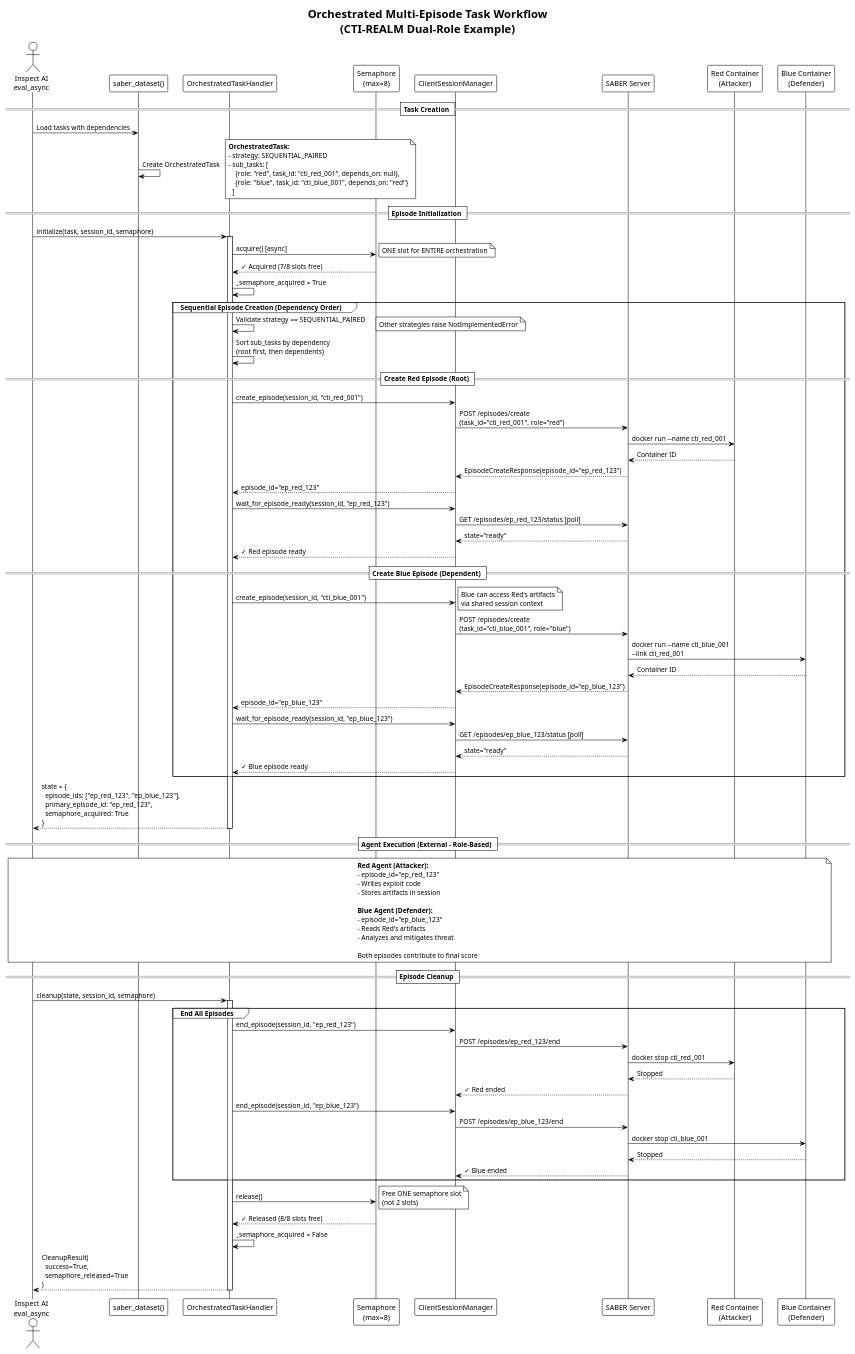
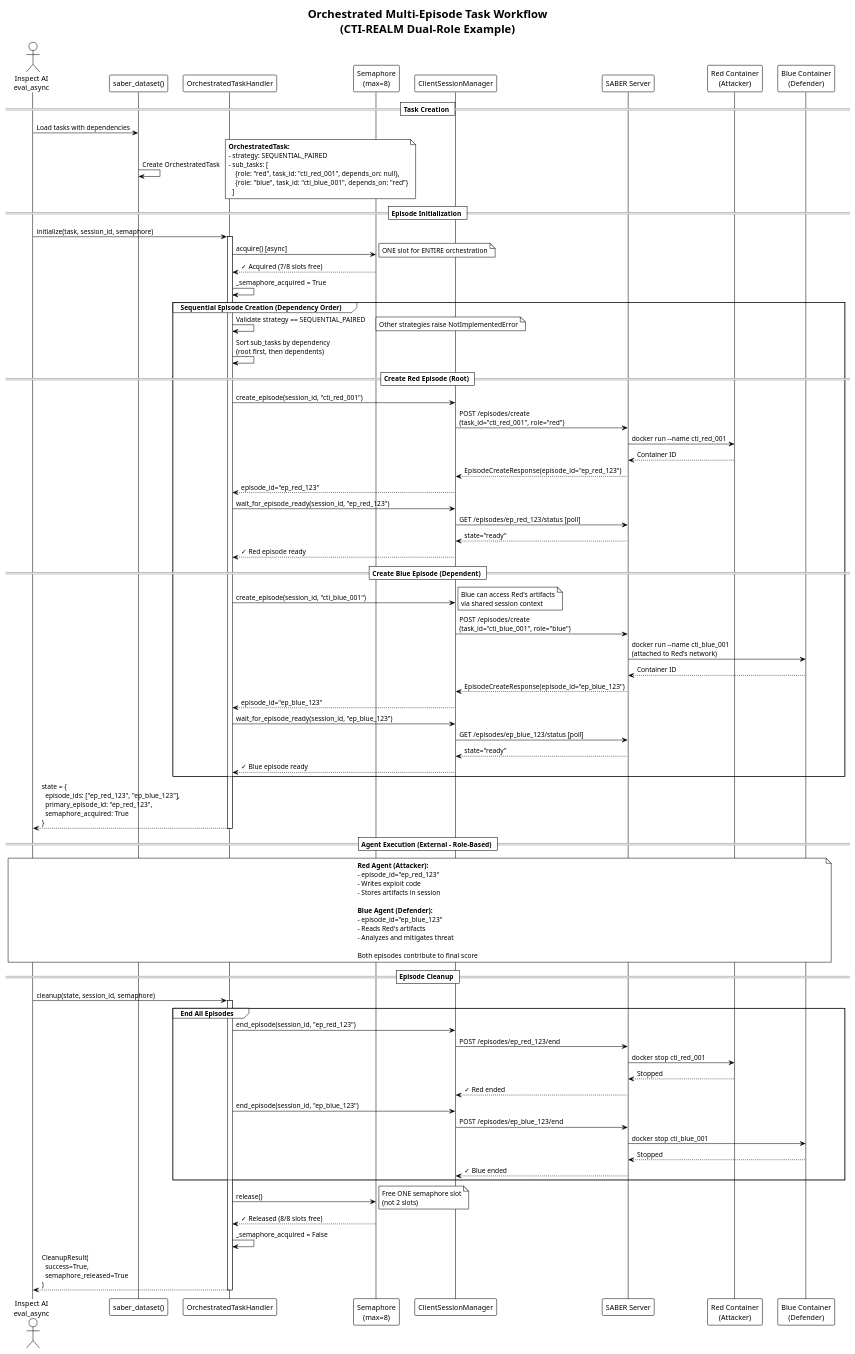
Before and after one commit to microsoft/ACES: the diagram in docs/architecture/orchestrated-episode-workflow.puml, drawn with PlantUML. The commit also changed 19 other files, not shown here.

```diff
--- a/docs/architecture/orchestrated-episode-workflow.puml
+++ b/docs/architecture/orchestrated-episode-workflow.puml
@@ -1,117 +1,117 @@
 @startuml Orchestrated Multi-Episode Task Workflow
 !theme plain
 skinparam backgroundColor #FFFFFF
 skinparam handwritten false
 skinparam defaultFontName Arial
 
 title Orchestrated Multi-Episode Task Workflow\n(CTI-REALM Dual-Role Example)
 
 actor "Inspect AI\neval_async" as Eval
 participant "saber_dataset()" as Dataset
 participant "OrchestratedTaskHandler" as Handler
 participant "Semaphore\n(max=8)" as Sem
 participant "ClientSessionManager" as Session
 participant "SABER Server" as Server
 participant "Red Container\n(Attacker)" as RedContainer
 participant "Blue Container\n(Defender)" as BlueContainer
 
 == Task Creation ==
 Eval -> Dataset: Load tasks with dependencies
 Dataset -> Dataset: Create OrchestratedTask
 note right
   **OrchestratedTask:**
   - strategy: SEQUENTIAL_PAIRED
   - sub_tasks: [
       {role: "red", task_id: "cti_red_001", depends_on: null},
       {role: "blue", task_id: "cti_blue_001", depends_on: "red"}
     ]
 end note
 
 == Episode Initialization ==
 Eval -> Handler: initialize(task, session_id, semaphore)
 activate Handler
 
 Handler -> Sem: acquire() [async]
 note right: ONE slot for ENTIRE orchestration
 Sem --> Handler: ✓ Acquired (7/8 slots free)
 Handler -> Handler: _semaphore_acquired = True
 
 group Sequential Episode Creation (Dependency Order)
   Handler -> Handler: Validate strategy == SEQUENTIAL_PAIRED
   note right: Other strategies raise NotImplementedError
-  
+
   Handler -> Handler: Sort sub_tasks by dependency\n(root first, then dependents)
-  
+
   == Create Red Episode (Root) ==
   Handler -> Session: create_episode(session_id, "cti_red_001")
   Session -> Server: POST /episodes/create\n(task_id="cti_red_001", role="red")
   Server -> RedContainer: docker run --name cti_red_001
   RedContainer --> Server: Container ID
   Server --> Session: EpisodeCreateResponse(episode_id="ep_red_123")
   Session --> Handler: episode_id="ep_red_123"
-  
+
   Handler -> Session: wait_for_episode_ready(session_id, "ep_red_123")
   Session -> Server: GET /episodes/ep_red_123/status [poll]
   Server --> Session: state="ready"
   Session --> Handler: ✓ Red episode ready
-  
+
   == Create Blue Episode (Dependent) ==
   Handler -> Session: create_episode(session_id, "cti_blue_001")
   note right: Blue can access Red's artifacts\nvia shared session context
   Session -> Server: POST /episodes/create\n(task_id="cti_blue_001", role="blue")
-  Server -> BlueContainer: docker run --name cti_blue_001\n--link cti_red_001
+  Server -> BlueContainer: docker run --name cti_blue_001\n(attached to Red's network)
   BlueContainer --> Server: Container ID
   Server --> Session: EpisodeCreateResponse(episode_id="ep_blue_123")
   Session --> Handler: episode_id="ep_blue_123"
-  
+
   Handler -> Session: wait_for_episode_ready(session_id, "ep_blue_123")
   Session -> Server: GET /episodes/ep_blue_123/status [poll]
   Server --> Session: state="ready"
   Session --> Handler: ✓ Blue episode ready
 end
 
 Handler --> Eval: state = {\n  episode_ids: ["ep_red_123", "ep_blue_123"],\n  primary_episode_id: "ep_red_123",\n  semaphore_acquired: True\n}
 deactivate Handler
 
 == Agent Execution (External - Role-Based) ==
 note over Eval, BlueContainer
   **Red Agent (Attacker):**
   - episode_id="ep_red_123"
   - Writes exploit code
   - Stores artifacts in session
-  
+
   **Blue Agent (Defender):**
   - episode_id="ep_blue_123"
   - Reads Red's artifacts
   - Analyzes and mitigates threat
-  
+
   Both episodes contribute to final score
 end note
 
 == Episode Cleanup ==
 Eval -> Handler: cleanup(state, session_id, semaphore)
 activate Handler
 
 group End All Episodes
   Handler -> Session: end_episode(session_id, "ep_red_123")
   Session -> Server: POST /episodes/ep_red_123/end
   Server -> RedContainer: docker stop cti_red_001
   RedContainer --> Server: Stopped
   Server --> Session: ✓ Red ended
-  
+
   Handler -> Session: end_episode(session_id, "ep_blue_123")
   Session -> Server: POST /episodes/ep_blue_123/end
   Server -> BlueContainer: docker stop cti_blue_001
   BlueContainer --> Server: Stopped
   Server --> Session: ✓ Blue ended
 end
 
 Handler -> Sem: release()
 note right: Free ONE semaphore slot\n(not 2 slots)
 Sem --> Handler: ✓ Released (8/8 slots free)
 Handler -> Handler: _semaphore_acquired = False
 
 Handler --> Eval: CleanupResult(\n  success=True,\n  semaphore_released=True\n)
 deactivate Handler
 
 @enduml
```
